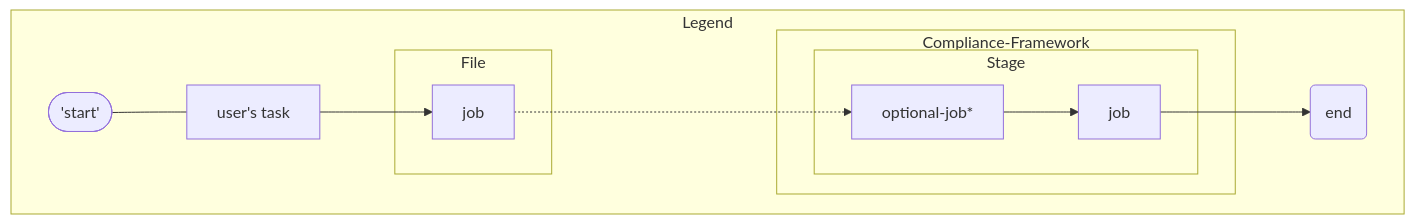
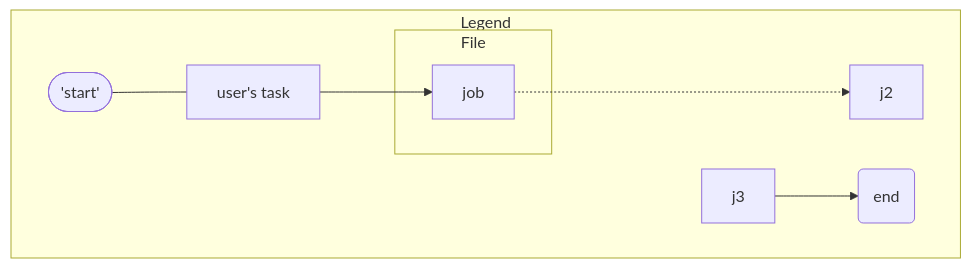
The second of 2 diagrams in advanced/mermaid.md (anbarisker/mermaid-debugger), drawn with Mermaid before and after one commit.

Commit message:
Removing correlations between subgraphs

````diff
--- a/advanced/mermaid.md
+++ b/advanced/mermaid.md
@@ -128,17 +128,13 @@
 ```mermaid
 flowchart LR
 	subgraph "Legend"
-	direction LR
+		direction LR
 		n1(['start']) --- a1["user's task"] --> j1
 		j1 -...-> j2
 		j3 --> n2(end)
-		subgraph "Compliance-Framework"
-			subgraph "Stage"
-				j2[optional-job*] --> j3[job]
-			end
-		end
+		
 		subgraph "File"
 			j1[job]
 		end
 	end
 ```
````
